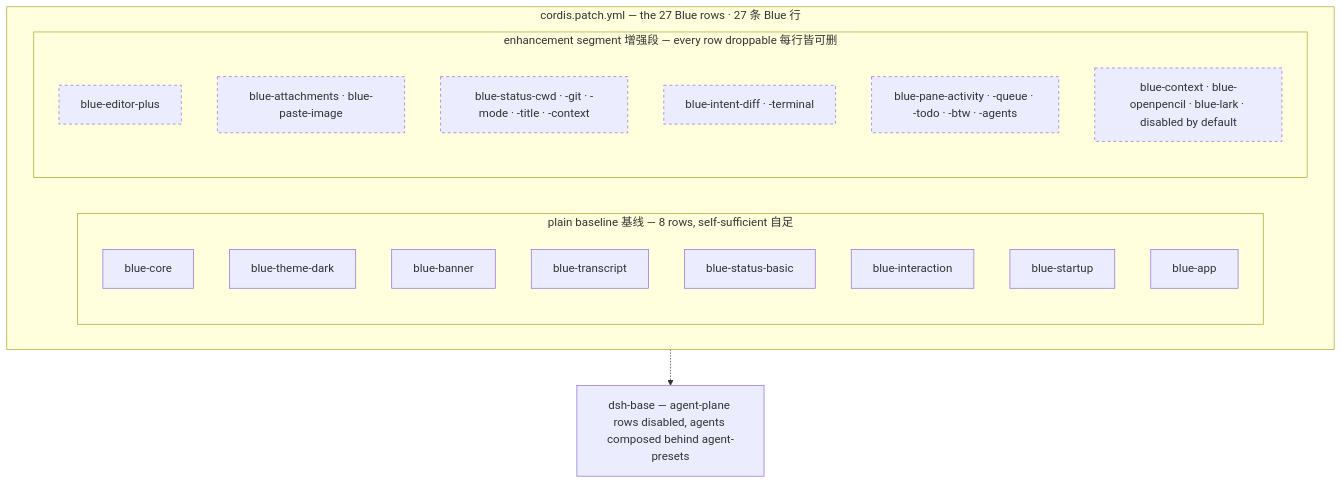
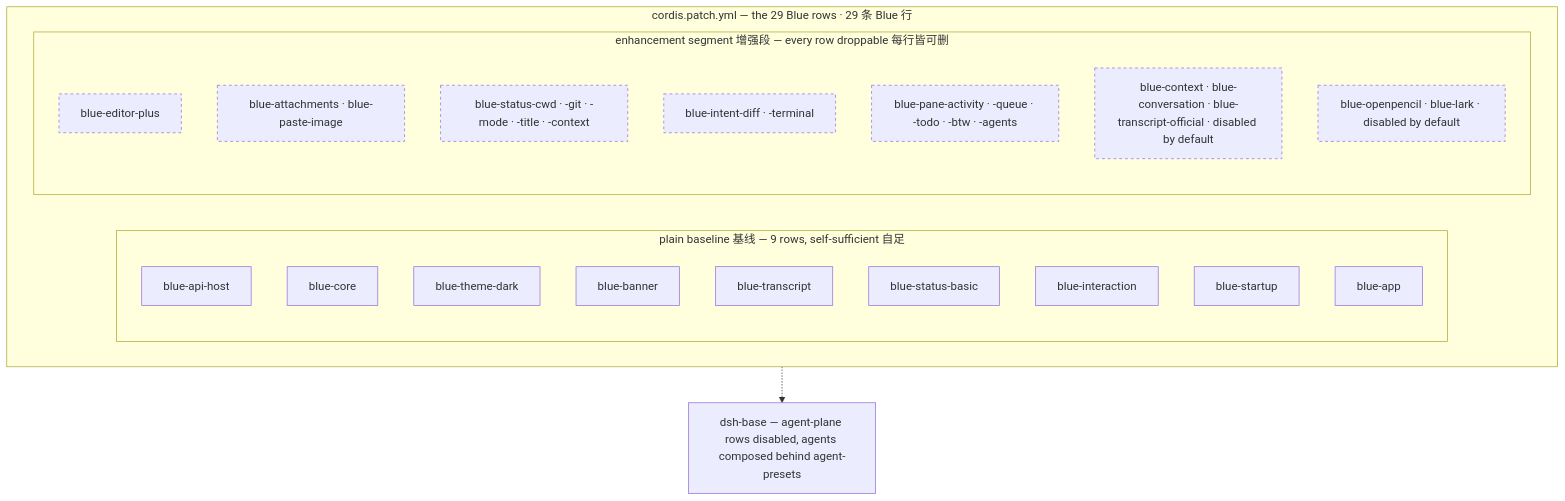
The diagram in docs/diagrams/blue-composition.mmd (dsh-blue/blue), drawn with Mermaid before and after one commit. The commit also changed 12 other files, not shown here.

```diff
--- a/docs/diagrams/blue-composition.mmd
+++ b/docs/diagrams/blue-composition.mmd
@@ -1,26 +1,28 @@
 flowchart TB
-    subgraph bundle["cordis.patch.yml — the 27 Blue rows · 27 条 Blue 行"]
-        subgraph baseline["plain baseline 基线 — 8 rows, self-sufficient 自足"]
+    subgraph bundle["cordis.patch.yml — the 29 Blue rows · 29 条 Blue 行"]
+        subgraph baseline["plain baseline 基线 — 9 rows, self-sufficient 自足"]
+            api["blue-api-host"]
             core["blue-core"]
             theme["blue-theme-dark"]
             banner["blue-banner"]
             transcript["blue-transcript"]
             sbasic["blue-status-basic"]
             interaction["blue-interaction"]
             startup["blue-startup"]
             bapp["blue-app"]
         end
         subgraph enhancement["enhancement segment 增强段 — every row droppable 每行皆可删"]
             editorPlus["blue-editor-plus"]
             att["blue-attachments · blue-paste-image"]
             statusEnh["blue-status-cwd · -git · -mode · -title · -context"]
             intents["blue-intent-diff · -terminal"]
             panes["blue-pane-activity · -queue · -todo · -btw · -agents"]
-            adapters["blue-context · blue-openpencil · blue-lark · disabled by default"]
+            runtime["blue-context · blue-conversation · blue-transcript-official · disabled by default"]
+            adapters["blue-openpencil · blue-lark · disabled by default"]
         end
     end
     dshbase["dsh-base — agent-plane rows disabled, agents composed behind agent-presets"]
     bundle -.-> dshbase
 
     classDef optional stroke-dasharray: 4 4;
-    class editorPlus,att,statusEnh,intents,panes,adapters optional;
+    class editorPlus,att,statusEnh,intents,panes,runtime,adapters optional;
```
